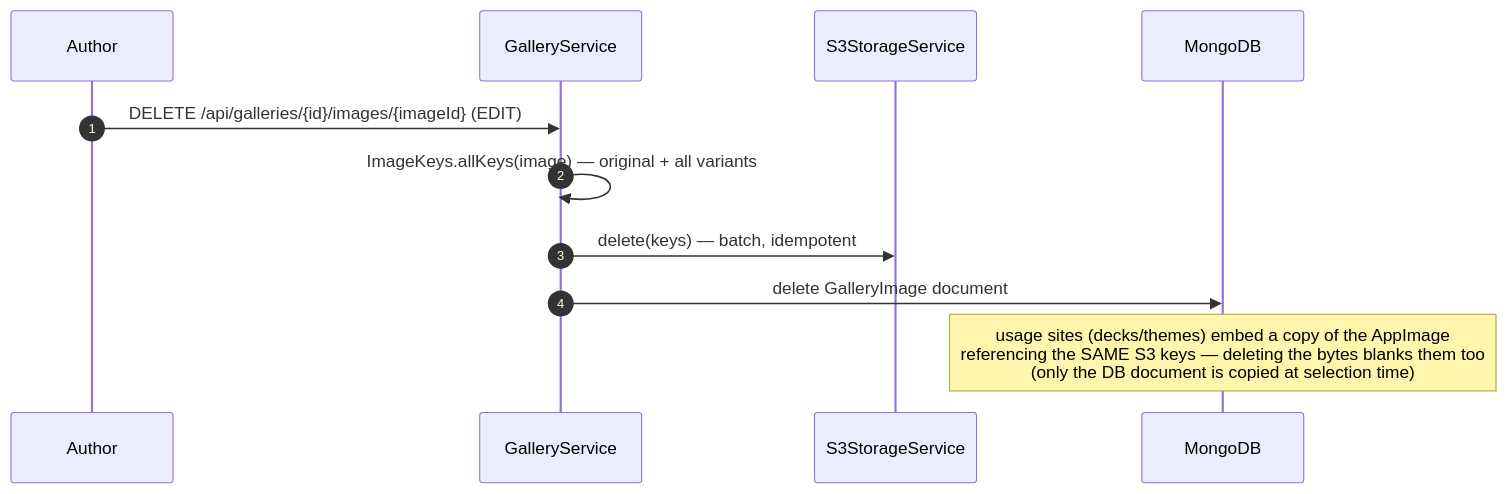
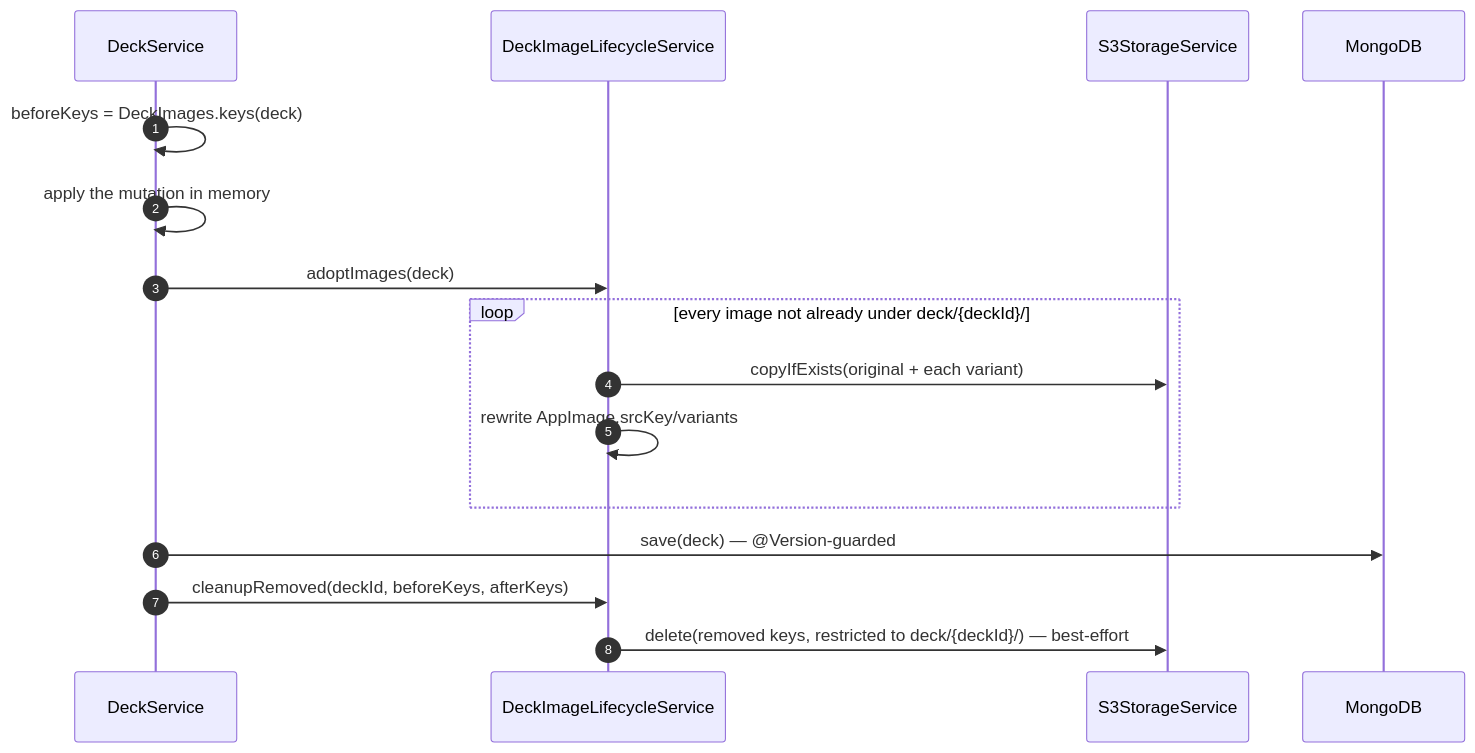
The fifth of 6 diagrams in z-docs/diagrams/media-gallery.md (Saganaut/ambi), drawn with Mermaid before and after one commit. The commit also changed other lines of this file and 91 other files, not shown here.

````diff
--- a/z-docs/diagrams/media-gallery.md
+++ b/z-docs/diagrams/media-gallery.md
@@ -189,13 +176,19 @@
 ```mermaid
 sequenceDiagram
     autonumber
-    participant U as Author
-    participant GS as GalleryService
+    participant DS as DeckService
+    participant DIL as DeckImageLifecycleService
     participant S3 as S3StorageService
     participant M as MongoDB
-    U->>GS: DELETE /api/galleries/{id}/images/{imageId} (EDIT)
-    GS->>GS: ImageKeys.allKeys(image) — original + all variants
-    GS->>S3: delete(keys) — batch, idempotent
-    GS->>M: delete GalleryImage document
-    Note over M: usage sites (decks/themes) embed a copy of the AppImage<br/>referencing the SAME S3 keys — deleting the bytes blanks them too<br/>(only the DB document is copied at selection time)
+
+    DS->>DS: beforeKeys = DeckImages.keys(deck)
+    DS->>DS: apply the mutation in memory
+    DS->>DIL: adoptImages(deck)
+    loop every image not already under deck/{deckId}/
+        DIL->>S3: copyIfExists(original + each variant)
+        DIL->>DIL: rewrite AppImage.srcKey/variants
+    end
+    DS->>M: save(deck) — @Version-guarded
+    DS->>DIL: cleanupRemoved(deckId, beforeKeys, afterKeys)
+    DIL->>S3: delete(removed keys, restricted to deck/{deckId}/) — best-effort
 ```
````
